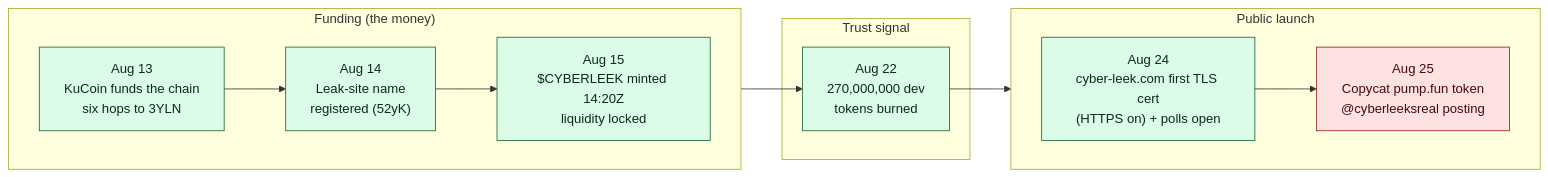
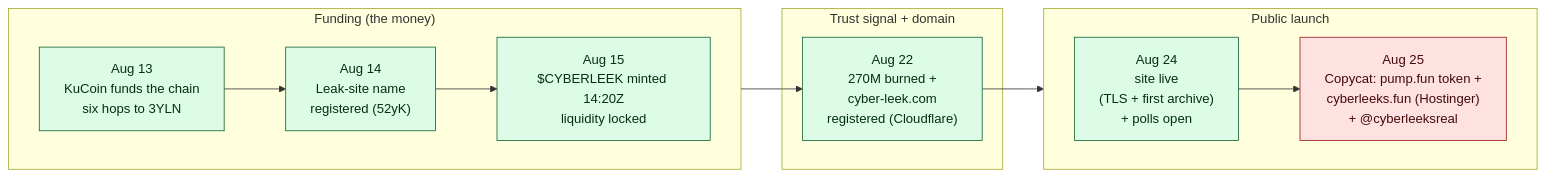
One commit to deepwoodssec/FollowTheLeek changed the diagram in README.md. Above: the diagram before and after it, drawn with Mermaid. The commit also changed other lines of this file, not shown here.

Commit message:
README timeline: fill in the real registrar data (cyber-leek.com registered Aug 22 via Cloudflare, cyberleeks.fun Aug 25 via Hostinger); drop the stale 'still to be pulled' and the deleted dns-cert-recon reference

````diff
--- a/README.md
+++ b/README.md
@@ -73,21 +73,21 @@
 ```mermaid
 flowchart LR
     subgraph FUND["Funding (the money)"]
       direction LR
       A13["Aug 13<br/>KuCoin funds the chain<br/>six hops to 3YLN"] --> A14["Aug 14<br/>Leak-site name<br/>registered (52yK)"] --> A15["Aug 15<br/>$CYBERLEEK minted 14:20Z<br/>liquidity locked"]
     end
-    subgraph TRUST["Trust signal"]
-      A22["Aug 22<br/>270,000,000 dev<br/>tokens burned"]
+    subgraph TRUST["Trust signal + domain"]
+      A22["Aug 22<br/>270M burned +<br/>cyber-leek.com<br/>registered (Cloudflare)"]
     end
     subgraph LAUNCH["Public launch"]
       direction LR
-      A24["Aug 24<br/>cyber-leek.com first TLS cert<br/>(HTTPS on) + polls open"] --> A25["Aug 25<br/>Copycat pump.fun token<br/>@cyberleeksreal posting"]
+      A24["Aug 24<br/>site live<br/>(TLS + first archive)<br/>+ polls open"] --> A25["Aug 25<br/>Copycat: pump.fun token +<br/>cyberleeks.fun (Hostinger)<br/>+ @cyberleeksreal"]
     end
     A15 --> A22 --> A24
 
     classDef money fill:#dcfce7,stroke:#166534,color:#052e16;
     classDef persona fill:#fee2e2,stroke:#991b1b,color:#450a0a;
     classDef recon fill:#f3f4f6,stroke:#6b7280,color:#111827;
     class A13,A14,A15,A22,A24 money;
     class A25 persona;
 ```
````
